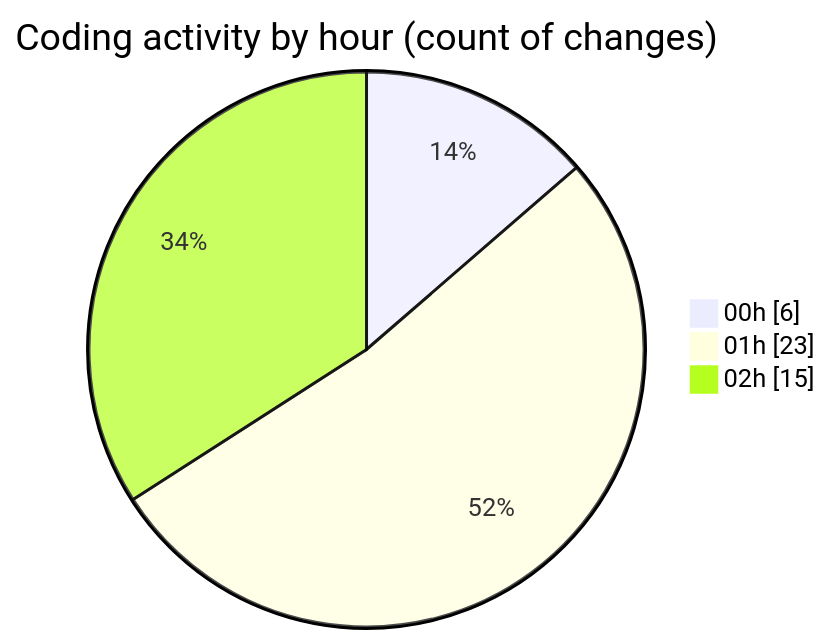
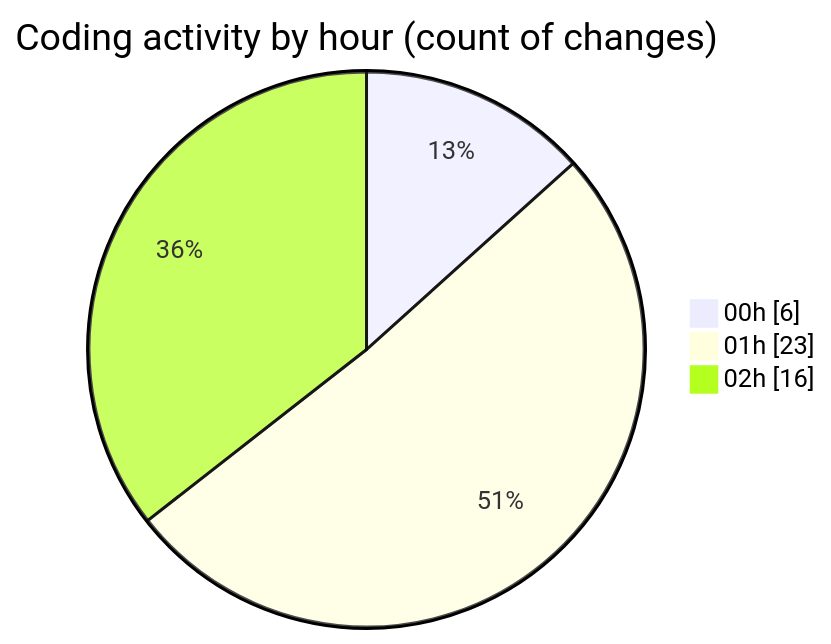
Before and after one commit to julien-gomy/code-tracking: the second of 2 diagrams in 2025-11-08/eventscop-frontend-guide__workspace_/README.md, drawn with Mermaid. The commit also changed other lines of this file and 1 other file, not shown here.

````diff
--- a/2025-11-08/eventscop-frontend-guide__workspace_/README.md
+++ b/2025-11-08/eventscop-frontend-guide__workspace_/README.md
@@ -39,7 +40,7 @@
 ```mermaid
 pie showData
 title Coding activity by hour (count of changes)
 "00h" : 6
 "01h" : 23
-"02h" : 15
+"02h" : 16
 ```
````
